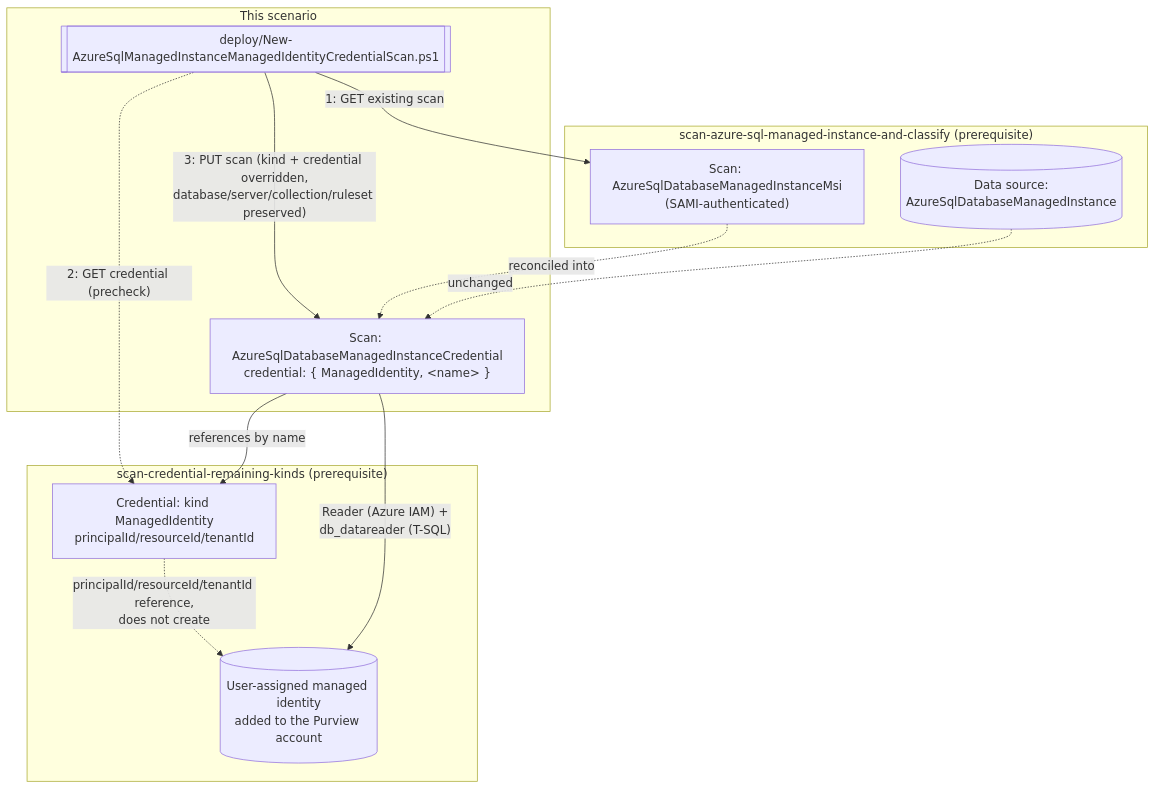
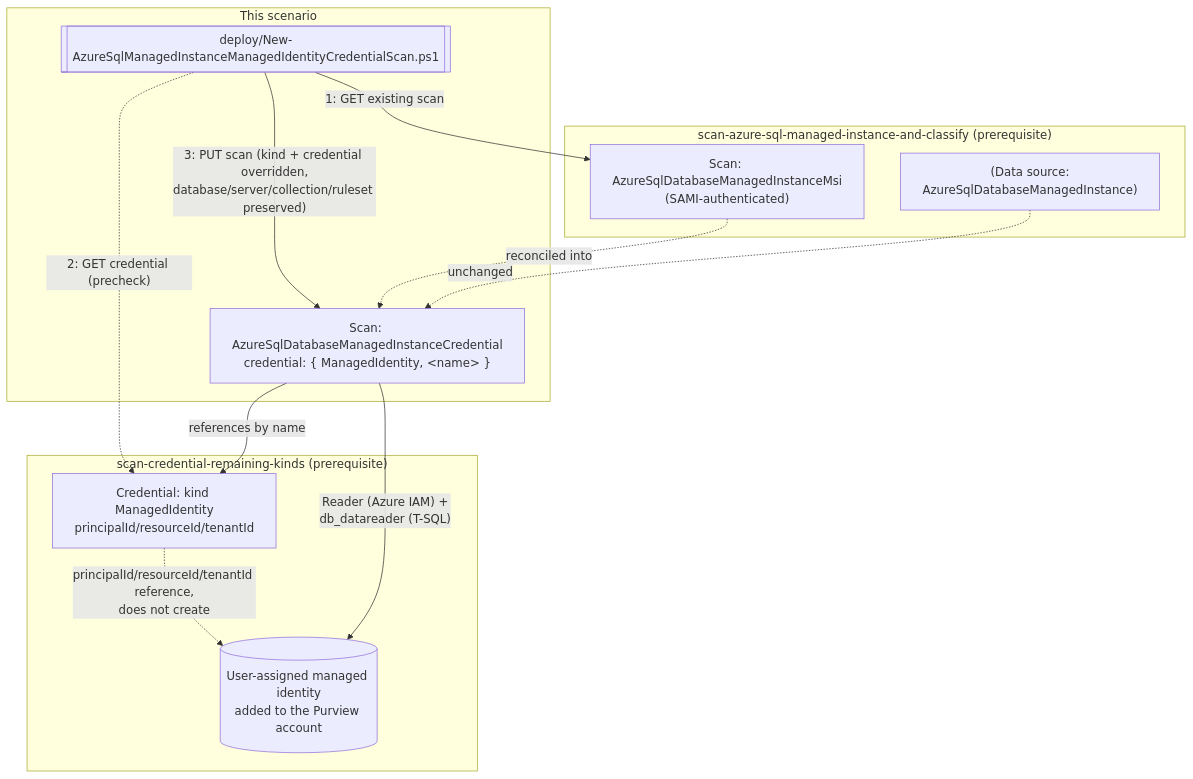
The diagram in src/content/scenarios/data-map/scan-azure-sql-managed-instance-and-classify-managed-identity-credential.design.md (kpsec1/kpsec1.github.io), drawn with Mermaid before and after one commit. The commit also changed 80 other files, not shown here.

First line of the commit message:
Fix Mermaid diagram rendering across all scenarios

````diff
--- a/src/content/scenarios/data-map/scan-azure-sql-managed-instance-and-classify-managed-identity-credential.design.md
+++ b/src/content/scenarios/data-map/scan-azure-sql-managed-instance-and-classify-managed-identity-credential.design.md
@@ -50,27 +50,27 @@
 ```mermaid
 flowchart TD
     subgraph Base["scan-azure-sql-managed-instance-and-classify (prerequisite)"]
-        DS[(Data source:<br/>AzureSqlDatabaseManagedInstance)]
+        DS["(Data source:<br/>AzureSqlDatabaseManagedInstance)"]
         SAMIScan["Scan: AzureSqlDatabaseManagedInstanceMsi<br/>(SAMI-authenticated)"]
     end
 
     subgraph CredScenario["scan-credential-remaining-kinds (prerequisite)"]
         UAMI[("User-assigned managed identity<br/>added to the Purview account")]
         Cred["Credential: kind ManagedIdentity<br/>principalId/resourceId/tenantId"]
     end
 
     subgraph ThisScenario["This scenario"]
         Deployer[["deploy/New-AzureSqlManagedInstanceManagedIdentityCredentialScan.ps1"]]
         CredScan["Scan: AzureSqlDatabaseManagedInstanceCredential<br/>credential: { ManagedIdentity, &lt;name&gt; }"]
     end
 
     Deployer -- "1: GET existing scan" --> SAMIScan
     Deployer -. "2: GET credential (precheck)" .-> Cred
     Deployer -- "3: PUT scan (kind + credential overridden,<br/>database/server/collection/ruleset preserved)" --> CredScan
     SAMIScan -.->|reconciled into| CredScan
     CredScan -- "references by name" --> Cred
     Cred -. "principalId/resourceId/tenantId reference,<br/>does not create" .-> UAMI
     CredScan -- "Reader (Azure IAM) +<br/>db_datareader (T-SQL)" --> UAMI
 
     DS -.->|unchanged| CredScan
 ```
````
